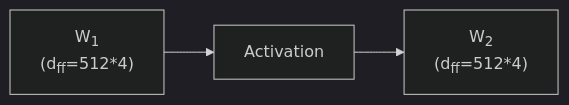
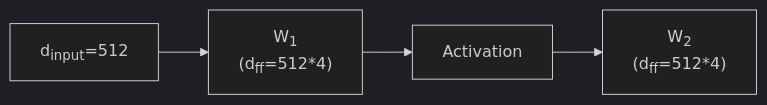
The third of 15 diagrams in index.md (ChrisZhu2050/chriszhu2050.github.io), drawn with Mermaid (dark theme) before and after one commit. The commit also changed other lines of this file, not shown here.

````diff
--- a/index.md
+++ b/index.md
@@ -139,7 +139,8 @@
   ```mermaid
     graph LR
+        G["`d<sub>input</sub>=512`"]  --> 
         A["`W<sub>1</sub>
         (d<sub>ff</sub>=512*4)`"]  --> B["`Activation`"] --> D["`W<sub>2</sub>
         (d<sub>ff</sub>=512*4)
         `"]
   ```  
````
